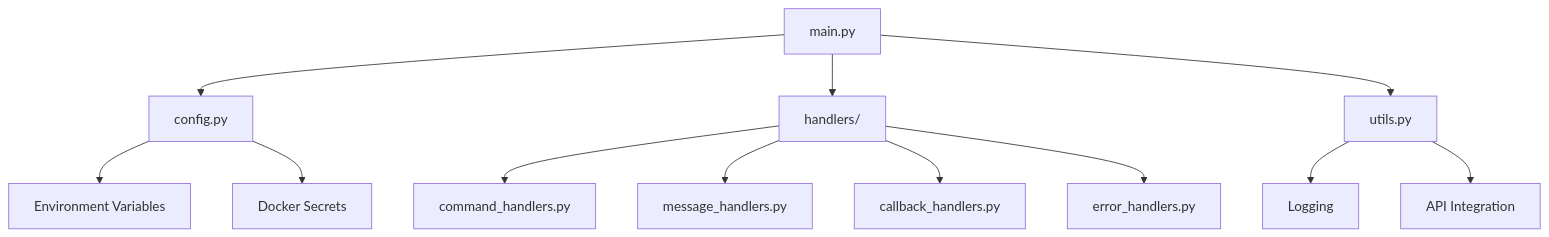
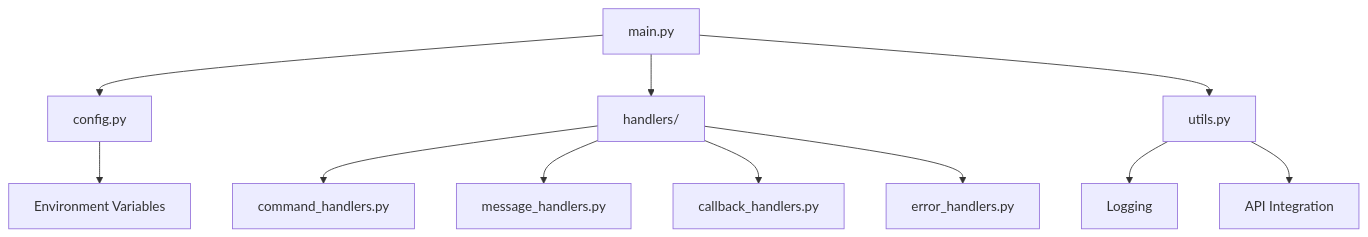
The diagram in README.md (ievgen-pavlenko/hackathonJessy_bot), drawn with Mermaid before and after one commit. The commit also changed other lines of this file and 5 other files, not shown here.

````diff
--- a/README.md
+++ b/README.md
@@ -99,17 +99,16 @@
 ```mermaid
 graph TD
     A[main.py] --> B[config.py]
     A --> C[handlers/]
     A --> D[utils.py]
     
     C --> E[command_handlers.py]
     C --> F[message_handlers.py]
     C --> G[callback_handlers.py]
     C --> H[error_handlers.py]
     
     B --> I[Environment Variables]
-    B --> J[Docker Secrets]
     
     D --> K[Logging]
     D --> L[API Integration]
 ```
````
